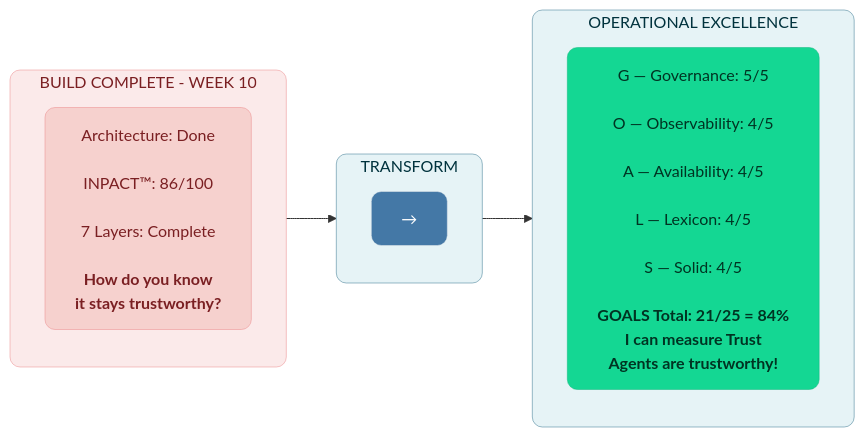
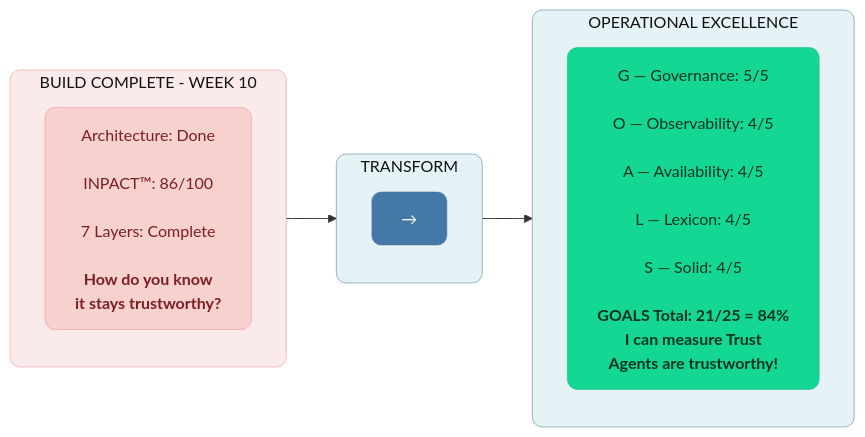
The first of 14 diagrams in manuscript/08_chapter_7_goals_framework.md (saitejesh-cyber/trust-before-intelligence-book), drawn with Mermaid before and after one commit. The commit also changed other lines of this file and 12 other files, not shown here.

````diff
--- a/manuscript/08_chapter_7_goals_framework.md
+++ b/manuscript/08_chapter_7_goals_framework.md
@@ -8,29 +8,29 @@
 ```mermaid
 
 graph LR
     subgraph BUILD["BUILD COMPLETE - WEEK 10"]
         direction TB
         B1["Architecture: Done<br/><br/>INPACT™: 86/100<br/><br/>7 Layers: Complete<br/><br/><b>How do you know<br/>it stays trustworthy?</b>"]
     end
     
     subgraph TRANSFORM["TRANSFORM"]
         direction TB
         T1["→"]
     end
     
     subgraph OPERATE["OPERATIONAL EXCELLENCE"]
         direction TB
         O1["G — Governance: 5/5<br/><br/>O — Observability: 4/5<br/><br/>A — Availability: 4/5<br/><br/>L — Lexicon: 4/5<br/><br/>S — Solid: 4/5<br/><br/><b>GOALS Total: 21/25 = 84%<br/>I can measure Trust<br/>Agents are trustworthy!"]
     end
     
     BUILD --> TRANSFORM --> OPERATE
     
-    style BUILD fill:#FBEAEA,stroke:#EB898B,stroke-width:0.5px,color:#7A1F22,rx:10,ry:10
-    style TRANSFORM fill:#E6F3F6,stroke:#32738C,stroke-width:0.5px,color:#00323D,rx:10,ry:10
-    style OPERATE fill:#E6F3F6,stroke:#32738C,stroke-width:0.5px,color:#00323D,rx:10,ry:10
+    style BUILD fill:#FBEAEA,stroke:#EB898B,stroke-width:0.5px,color:#121212,rx:10,ry:10
+    style TRANSFORM fill:#E6F3F6,stroke:#32738C,stroke-width:0.5px,color:#121212,rx:10,ry:10
+    style OPERATE fill:#E6F3F6,stroke:#32738C,stroke-width:0.5px,color:#121212,rx:10,ry:10
     style B1 fill:#F6D1CE,stroke:#EB898B,stroke-width:0.5px,color:#7A1F22,rx:10,ry:10
     style T1 fill:#4478A6,stroke:#e4ebed,stroke-width:0.5px,color:#FFFFFF,rx:10,ry:10
     style O1 fill:#14D793,color:#003322,stroke:#0FB67D,stroke-width:0.5px,rx:10,ry:10
 
 
 ```
````
